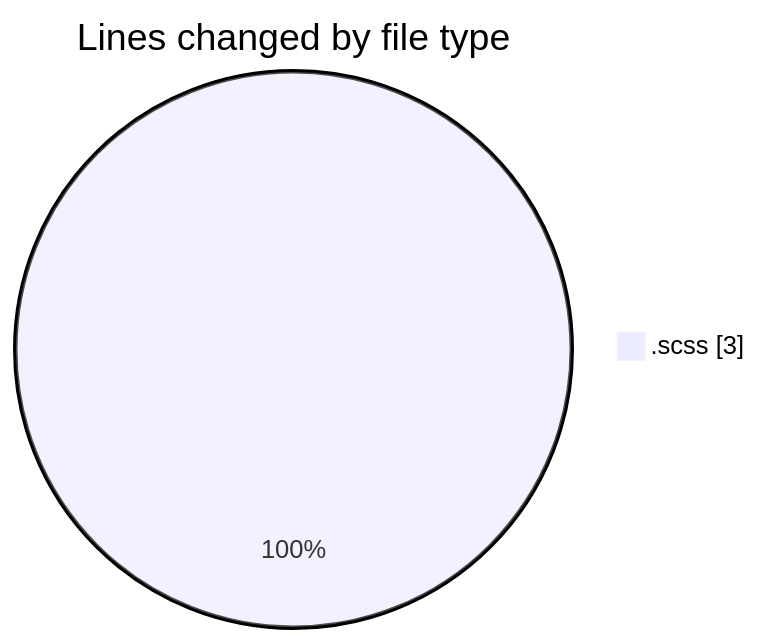
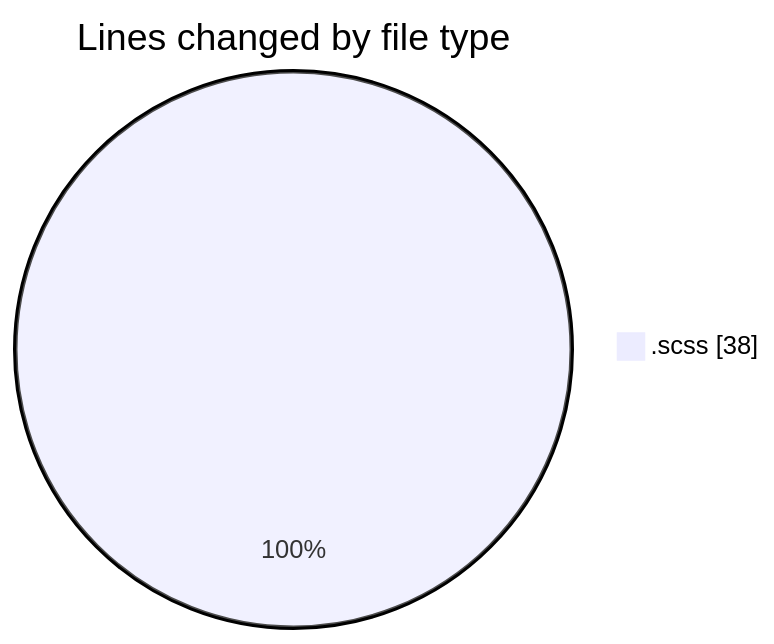
Before and after one commit to momahboobian/code-tracking: the first of 2 diagrams in 2025-03-04/cda/README.md, drawn with Mermaid. The commit also changed other lines of this file and 1 other file, not shown here.

````diff
--- a/2025-03-04/cda/README.md
+++ b/2025-03-04/cda/README.md
@@ -20,5 +20,5 @@
 ```mermaid
 pie showData
 title Lines changed by file type
-".scss" : 3
+".scss" : 38
 ```
````
